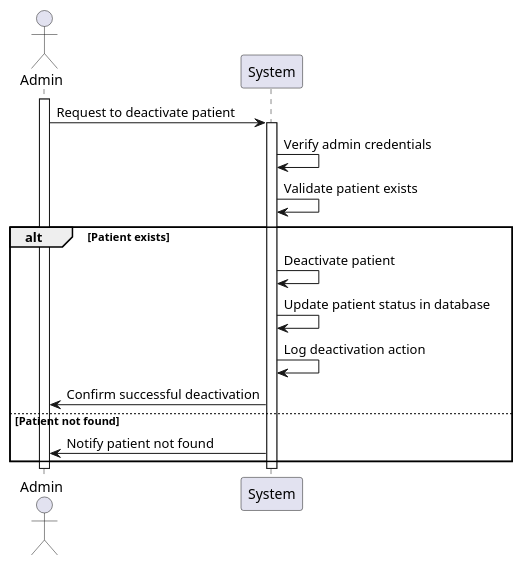
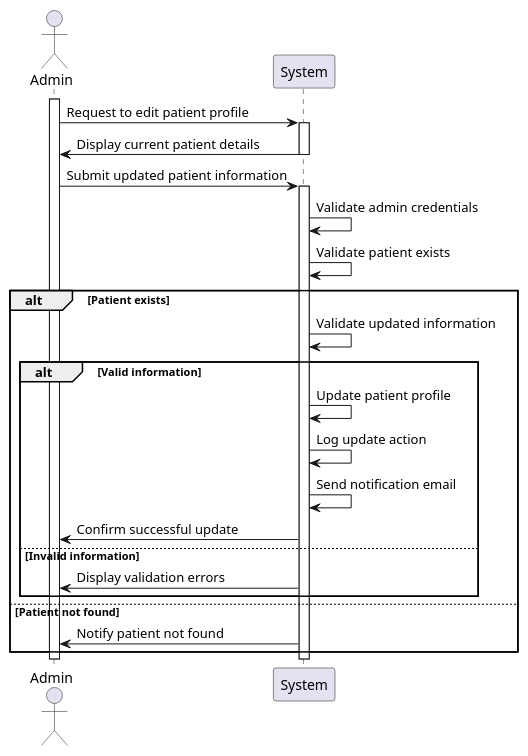
The diagram in docs/Sprint1/US 5.1.9/01.requirements-engineering/puml/system-sequence-diagram.puml (HugBar/3DC_G17), drawn with PlantUML before and after one commit. The commit also changed 6707 other files, not shown here.

```diff
--- a/docs/Sprint1/US 5.1.9/01.requirements-engineering/puml/system-sequence-diagram.puml
+++ b/docs/Sprint1/US 5.1.9/01.requirements-engineering/puml/system-sequence-diagram.puml
@@ -2,20 +1,30 @@
-@startuml system sequence diagram us 5.1.9
-actor Admin as A
-participant System as S
+@startuml name system sequence diagram us 5.1.9
+actor Admin as User
+participant System
 
-activate A
-A -> S: Request to deactivate patient
-activate S
-S -> S: Verify admin credentials
-S -> S: Validate patient exists
+activate User
+User -> System: Request to edit patient profile
+activate System
+System -> User: Display current patient details
+deactivate System
+
+User -> System: Submit updated patient information
+activate System
+System -> System: Validate admin credentials
+System -> System: Validate patient exists
 alt Patient exists
-    S -> S: Deactivate patient
-    S -> S: Update patient status in database
-    S -> S: Log deactivation action
-    S -> A: Confirm successful deactivation
+    System -> System: Validate updated information
+    alt Valid information
+        System -> System: Update patient profile
+        System -> System: Log update action
+        System -> System: Send notification email
+        System -> User: Confirm successful update
+    else Invalid information
+        System -> User: Display validation errors
+    end
 else Patient not found
-    S -> A: Notify patient not found
+    System -> User: Notify patient not found
 end
-deactivate S
-deactivate A
+deactivate System
+deactivate User
 @enduml
```
